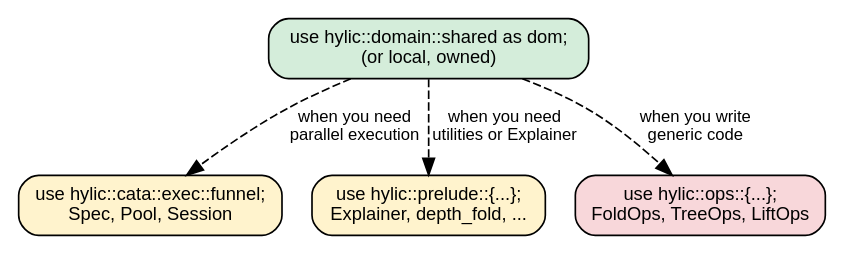
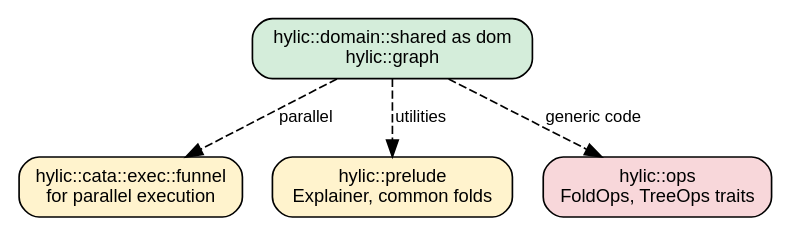
The diagram in book/src/guides/imports.md (hylic-recursion/hylic-docs), drawn with Graphviz before and after one commit. The commit also changed other lines of this file and 16 other files, not shown here.

````diff
--- a/book/src/guides/imports.md
+++ b/book/src/guides/imports.md
@@ -95,16 +101,16 @@
 ```dot process
 digraph {
     rankdir=TB;
     node [shape=box, style="rounded,filled", fillcolor="#f5f5f5", fontname="sans-serif", fontsize=11];
     edge [fontname="sans-serif", fontsize=10];
 
-    dom [label="use hylic::domain::shared as dom;\n(or local, owned)", fillcolor="#d4edda"];
-    funnel [label="use hylic::cata::exec::funnel;\nSpec, Pool, Session", fillcolor="#fff3cd"];
-    prelude [label="use hylic::prelude::{...};\nExplainer, depth_fold, ...", fillcolor="#fff3cd"];
-    ops [label="use hylic::ops::{...};\nFoldOps, TreeOps, LiftOps", fillcolor="#f8d7da"];
+    core [label="hylic::domain::shared as dom\nhylic::graph", fillcolor="#d4edda"];
+    funnel [label="hylic::cata::exec::funnel\nfor parallel execution", fillcolor="#fff3cd"];
+    prelude [label="hylic::prelude\nExplainer, common folds", fillcolor="#fff3cd"];
+    ops [label="hylic::ops\nFoldOps, TreeOps traits", fillcolor="#f8d7da"];
 
-    dom -> funnel [label="when you need\nparallel execution", style=dashed];
-    dom -> prelude [label="when you need\nutilities or Explainer", style=dashed];
-    dom -> ops [label="when you write\ngeneric code", style=dashed];
+    core -> funnel [label="parallel", style=dashed];
+    core -> prelude [label="utilities", style=dashed];
+    core -> ops [label="generic code", style=dashed];
 }
 ```
````
